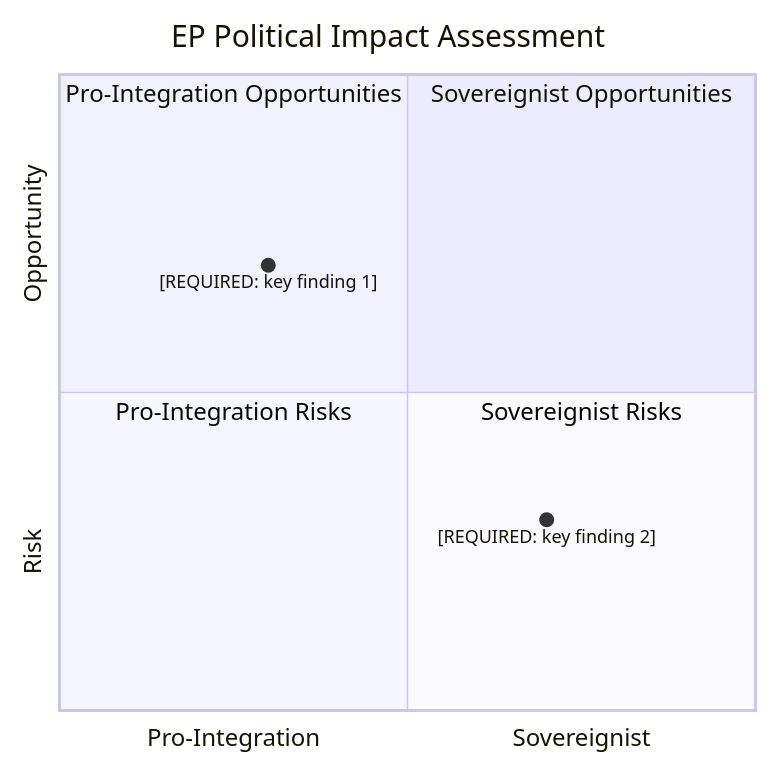
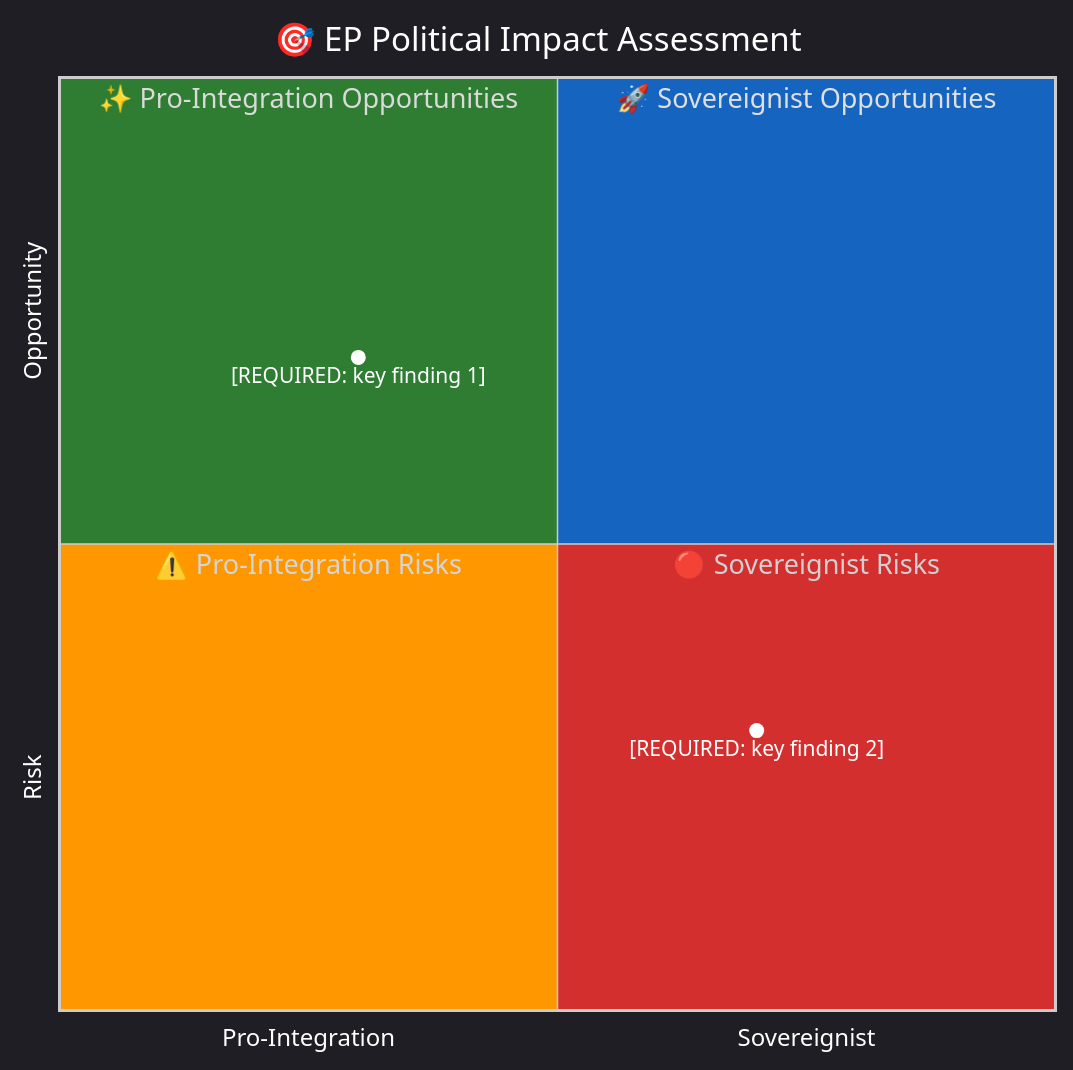
The second of 5 diagrams in analysis/templates/per-file-political-intelligence.md (Hack23/euparliamentmonitor), drawn with Mermaid before and after one commit. The commit also changed 5 other files, not shown here.

First line of the commit message:
Apply ISMS-aligned mermaid colour theme to all SWOT/quadrant charts and document standards

````diff
--- a/analysis/templates/per-file-political-intelligence.md
+++ b/analysis/templates/per-file-political-intelligence.md
@@ -119,13 +119,36 @@
 ```mermaid
+%%{init: {
+  "theme": "dark",
+  "themeVariables": {
+    "quadrant1Fill": "#1565C0",
+    "quadrant2Fill": "#2E7D32",
+    "quadrant3Fill": "#FF9800",
+    "quadrant4Fill": "#D32F2F",
+    "quadrantTitleFill": "#ffffff",
+    "quadrantPointFill": "#ffffff",
+    "quadrantPointTextFill": "#ffffff",
+    "quadrantXAxisTextFill": "#ffffff",
+    "quadrantYAxisTextFill": "#ffffff"
+  },
+  "quadrantChart": {
+    "chartWidth": 700,
+    "chartHeight": 700,
+    "pointLabelFontSize": 14,
+    "titleFontSize": 22,
+    "quadrantLabelFontSize": 18,
+    "xAxisLabelFontSize": 16,
+    "yAxisLabelFontSize": 16
+  }
+}}%%
 quadrantChart
-    title EP Political Impact Assessment
+    title 🎯 EP Political Impact Assessment
     x-axis "Pro-Integration" --> "Sovereignist"
     y-axis "Risk" --> "Opportunity"
-    quadrant-1 Sovereignist Opportunities
-    quadrant-2 Pro-Integration Opportunities
-    quadrant-3 Pro-Integration Risks
-    quadrant-4 Sovereignist Risks
+    quadrant-1 "🚀 Sovereignist Opportunities"
+    quadrant-2 "✨ Pro-Integration Opportunities"
+    quadrant-3 "⚠️ Pro-Integration Risks"
+    quadrant-4 "🔴 Sovereignist Risks"
 
     "[REQUIRED: key finding 1]": [0.3, 0.7]
     "[REQUIRED: key finding 2]": [0.7, 0.3]
 ```
````
